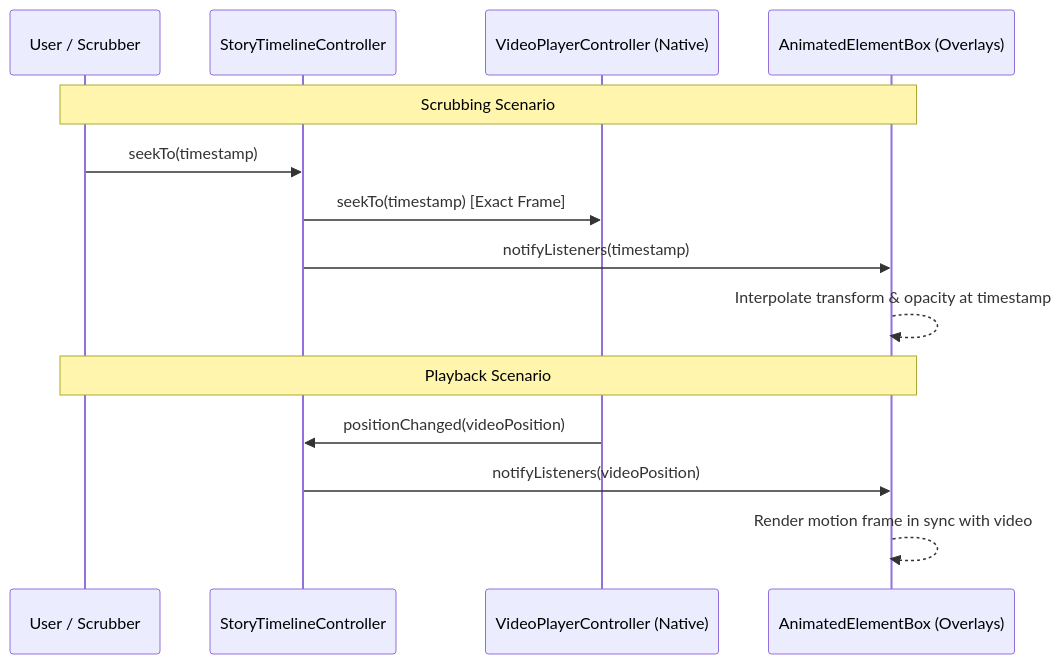
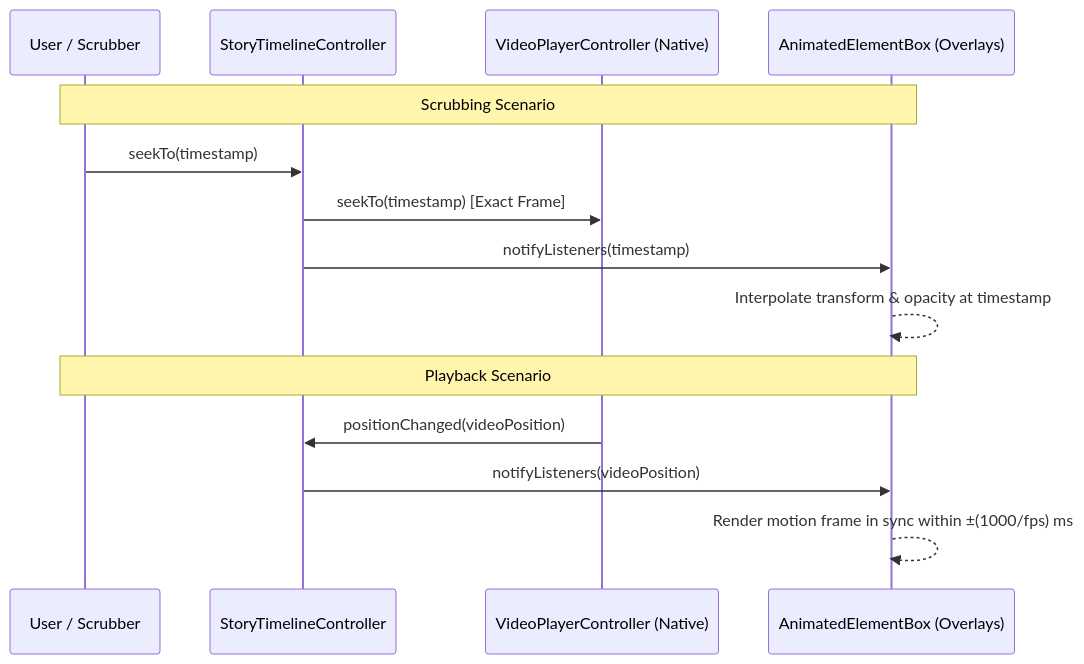
One commit to atharvakapse831/focusgram_story_kit changed the diagram in docs/PHASE_5_ARCHITECTURE_DECISIONS.md. Above: the diagram before and after it, drawn with Mermaid. The commit also changed other lines of this file and 3 other files, not shown here.

Commit message:
docs(phase-5): refine Phase 5 architecture, dependencies, sync tolerance, and export prototype

````diff
--- a/docs/PHASE_5_ARCHITECTURE_DECISIONS.md
+++ b/docs/PHASE_5_ARCHITECTURE_DECISIONS.md
@@ -54,18 +61,18 @@
 ```mermaid
 sequenceDiagram
     participant User as User / Scrubber
     participant TC as StoryTimelineController
     participant VP as VideoPlayerController (Native)
     participant AW as AnimatedElementBox (Overlays)
 
     Note over User,AW: Scrubbing Scenario
     User->>TC: seekTo(timestamp)
     TC->>VP: seekTo(timestamp) [Exact Frame]
     TC->>AW: notifyListeners(timestamp)
     AW-->>AW: Interpolate transform & opacity at timestamp
 
     Note over User,AW: Playback Scenario
     VP->>TC: positionChanged(videoPosition)
     TC->>AW: notifyListeners(videoPosition)
-    AW-->>AW: Render motion frame in sync with video
+    AW-->>AW: Render motion frame in sync within ±(1000/fps) ms
 ```
````
